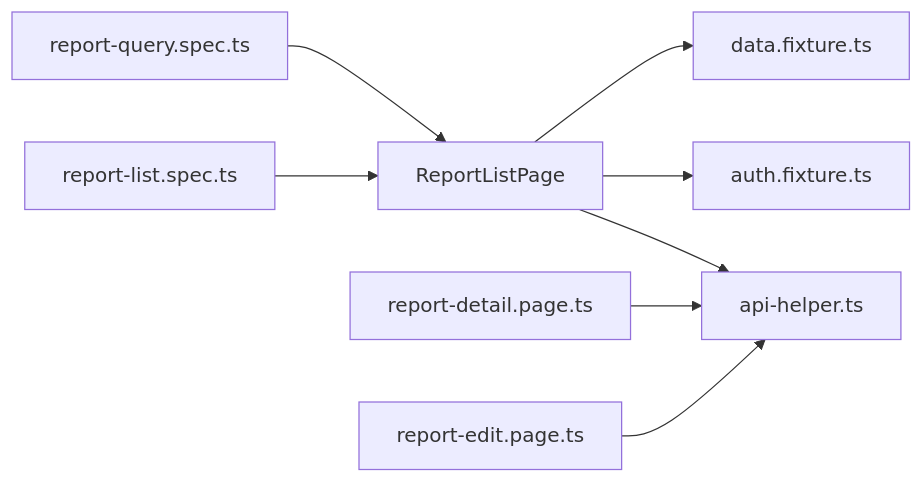
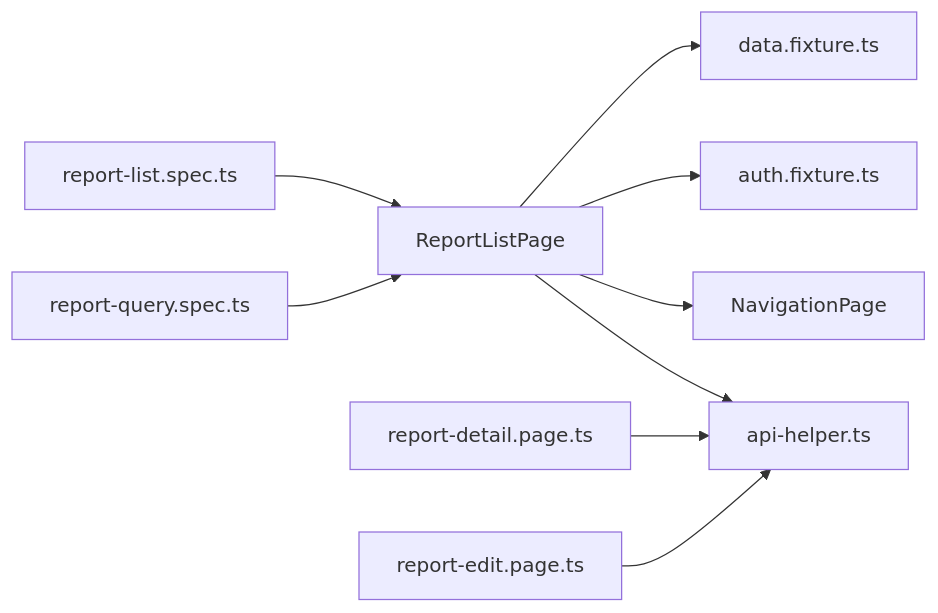
One commit to zzgoviziwind/--playwright changed the seventh of 7 diagrams in .qoder/repowiki/zh/content/页面对象设计模式/报告列表页面.md. Above: the diagram before and after it, drawn with Mermaid. The commit also changed other lines of this file and 112 other files, not shown here.

````diff
--- a/.qoder/repowiki/zh/content/页面对象设计模式/报告列表页面.md
+++ b/.qoder/repowiki/zh/content/页面对象设计模式/报告列表页面.md
@@ -330,10 +390,11 @@
 ```mermaid
 graph LR
-RL["ReportListPage"] --> API["api-helper.ts"]
+RL["ReportListPage"] --> NP["NavigationPage"]
+RL --> API["api-helper.ts"]
 RL --> AF["auth.fixture.ts"]
 RL --> DF["data.fixture.ts"]
 RS["report-list.spec.ts"] --> RL
 RQ["report-query.spec.ts"] --> RL
 RD["report-detail.page.ts"] --> API
 RE["report-edit.page.ts"] --> API
 ```
````
